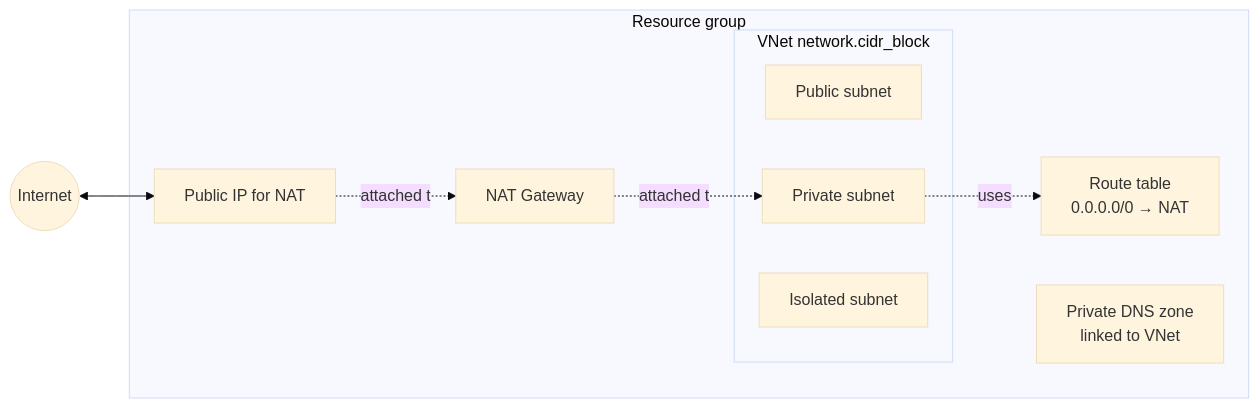
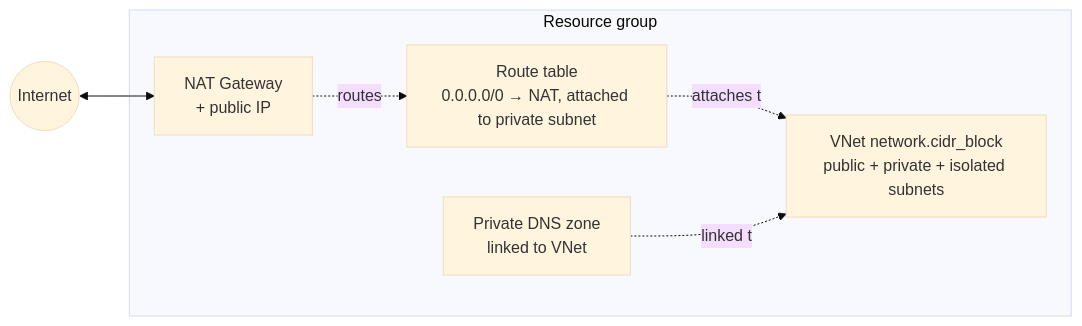
The second of 2 diagrams in terraform/network/README.md (windsorcli/core), drawn with Mermaid (base theme) before and after one commit. The commit also changed other lines of this file and 6 other files, not shown here.

Commit message:
chore(docs): refine flowcharts in README files for backend, cluster, compute, CNI, network, gitops, and workstation categories

````diff
--- a/terraform/network/README.md
+++ b/terraform/network/README.md
@@ -76,22 +63,16 @@
 ```mermaid
 flowchart LR
   internet((Internet))
 
   subgraph rg[Resource group]
-    subgraph vnet[VNet network.cidr_block]
-      pub[Public subnet]
-      priv[Private subnet]
-      iso[Isolated subnet]
-    end
-
-    natGw[NAT Gateway]
-    natIp[Public IP for NAT]
-    rtPriv[Route table<br/>0.0.0.0/0 → NAT]
+    vnet[VNet network.cidr_block<br/>public + private + isolated subnets]
+    natGw[NAT Gateway<br/>+ public IP]
+    rtPriv[Route table<br/>0.0.0.0/0 → NAT, attached to private subnet]
     pdns[Private DNS zone<br/>linked to VNet]
   end
 
-  internet <--> natIp
-  natIp -.attached to.-> natGw
-  natGw -.attached to.-> priv
-  priv -.uses.-> rtPriv
+  internet <--> natGw
+  natGw -.routes.-> rtPriv
+  rtPriv -.attaches to.-> vnet
+  pdns -.linked to.-> vnet
 ```
````
